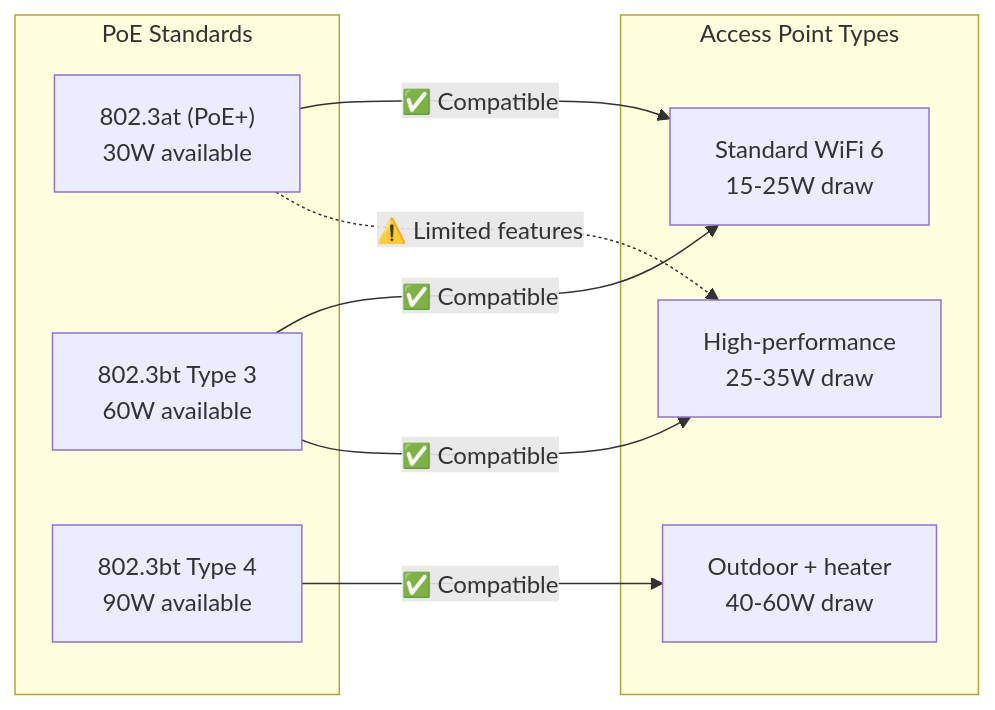
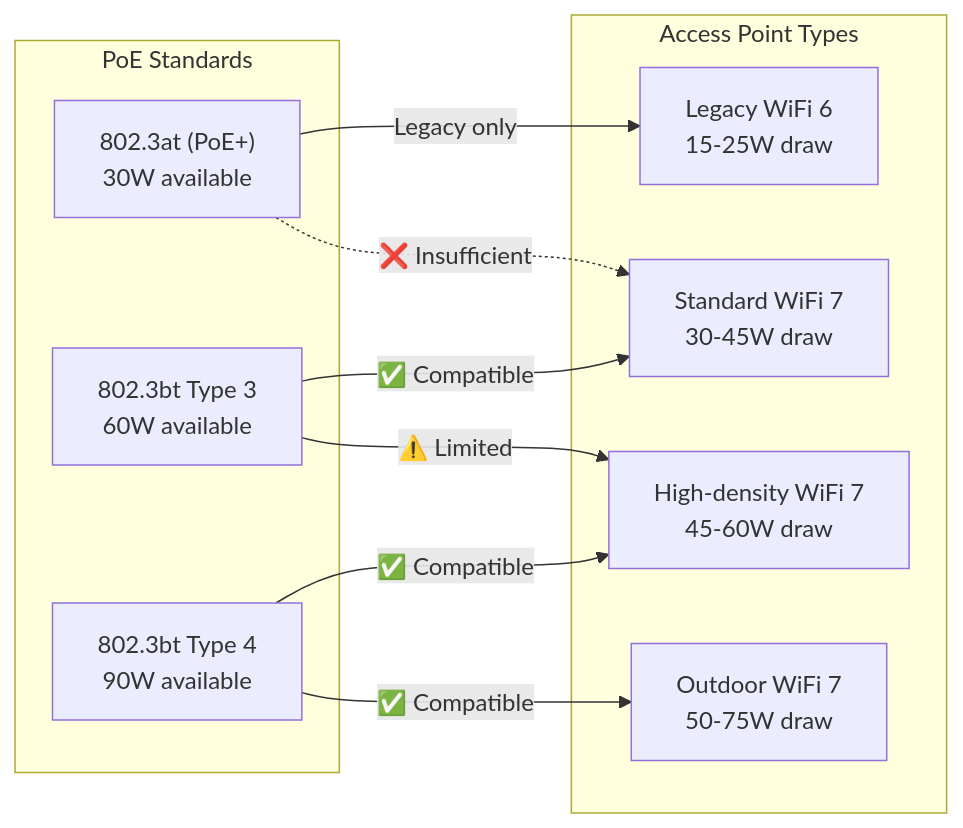
One commit to NewOrleansITI/networkstandards changed the sixth of 7 diagrams in docs/wifi/access-point-specs.md. Above: the diagram before and after it, drawn with Mermaid. The commit also changed other lines of this file, not shown here.

First line of the commit message:
Update WiFi standard from WiFi 6 to WiFi 7 (802.11be)

````diff
--- a/docs/wifi/access-point-specs.md
+++ b/docs/wifi/access-point-specs.md
@@ -226,20 +274,22 @@
 ```mermaid
 graph LR
     subgraph POE_TYPES["PoE Standards"]
         AT["802.3at (PoE+)<br/>30W available"]
         BT["802.3bt Type 3<br/>60W available"]
         BT4["802.3bt Type 4<br/>90W available"]
     end
 
     subgraph AP_TYPES["Access Point Types"]
-        STD["Standard WiFi 6<br/>15-25W draw"]
-        PERF["High-performance<br/>25-35W draw"]
-        OUTDOOR["Outdoor + heater<br/>40-60W draw"]
+        LEGACY["Legacy WiFi 6<br/>15-25W draw"]
+        STD["Standard WiFi 7<br/>30-45W draw"]
+        PERF["High-density WiFi 7<br/>45-60W draw"]
+        OUTDOOR["Outdoor WiFi 7<br/>50-75W draw"]
     end
 
-    AT -->|"✅ Compatible"| STD
+    AT -.->|"❌ Insufficient"| STD
     BT -->|"✅ Compatible"| STD
-    BT -->|"✅ Compatible"| PERF
+    BT -->|"⚠️ Limited"| PERF
+    BT4 -->|"✅ Compatible"| PERF
     BT4 -->|"✅ Compatible"| OUTDOOR
-    AT -.->|"⚠️ Limited features"| PERF
+    AT -->|"Legacy only"| LEGACY
 ```
````
